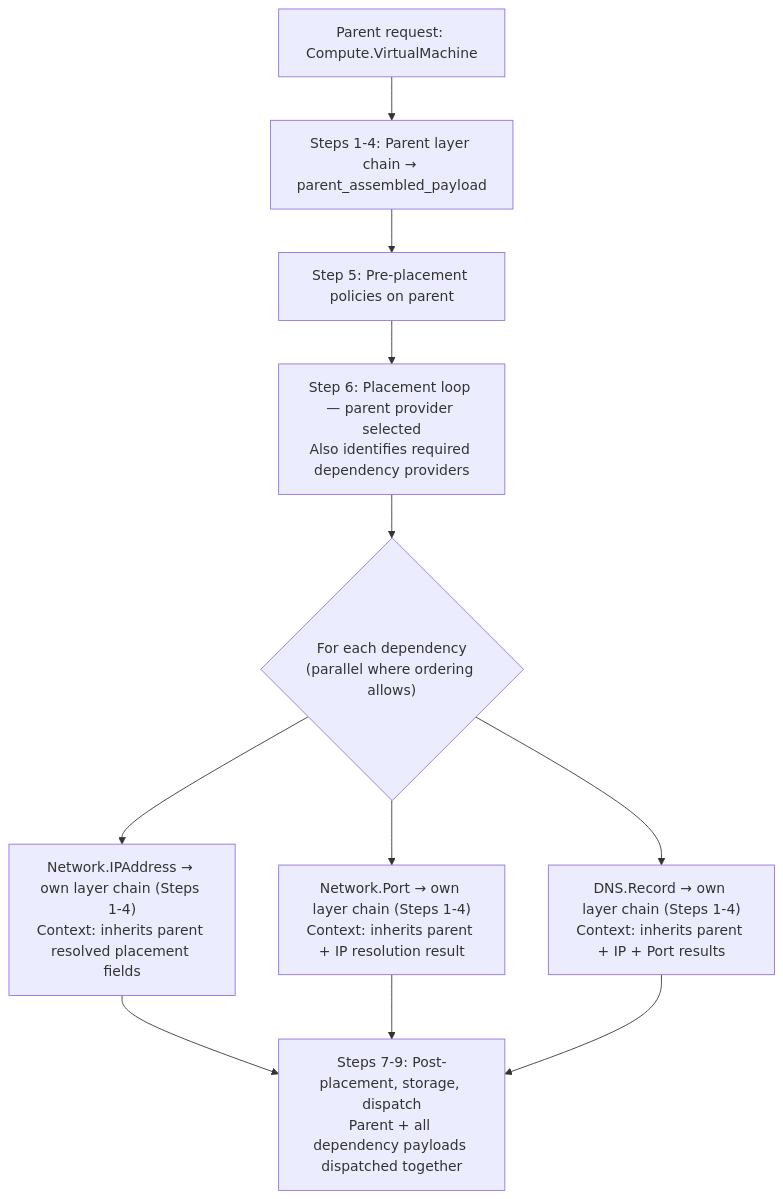
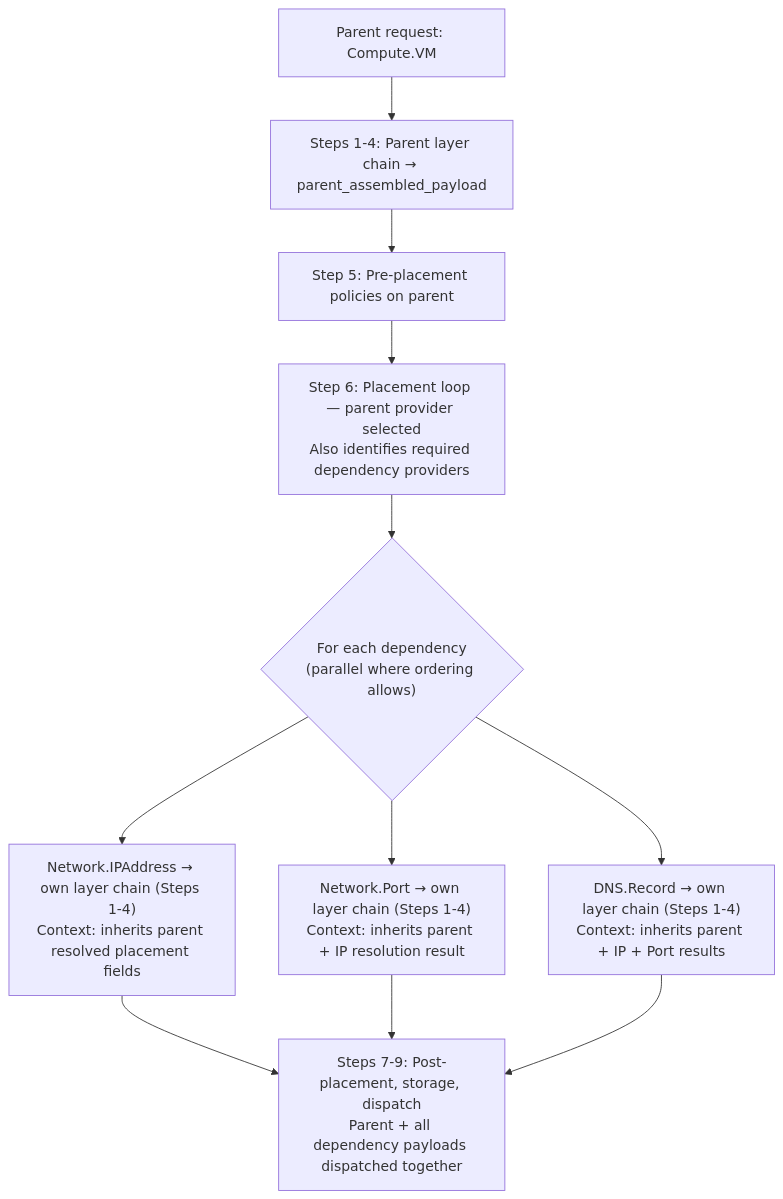
One commit to croadfeldt/udlm changed the third of 3 diagrams in foundations/layering-and-versioning-annex.md. Above: the diagram before and after it, drawn with Mermaid. The commit also changed other lines of this file and 48 other files, not shown here.

````diff
--- a/foundations/layering-and-versioning-annex.md
+++ b/foundations/layering-and-versioning-annex.md
@@ -297,14 +297,14 @@
 ```mermaid
 flowchart TD
-    P["Parent request: Compute.VirtualMachine"]
+    P["Parent request: Compute.VM"]
     P --> S14["Steps 1-4: Parent layer chain → parent_assembled_payload"]
     S14 --> S5["Step 5: Pre-placement policies on parent"]
     S5 --> S6["Step 6: Placement loop — parent provider selected<br/>Also identifies required dependency providers"]
     S6 --> DEP{"For each dependency<br/>(parallel where ordering allows)"}
     DEP --> IP["Network.IPAddress → own layer chain (Steps 1-4)<br/>Context: inherits parent resolved placement fields"]
     DEP --> PORT["Network.Port → own layer chain (Steps 1-4)<br/>Context: inherits parent + IP resolution result"]
     DEP --> DNS["DNS.Record → own layer chain (Steps 1-4)<br/>Context: inherits parent + IP + Port results"]
     IP --> S79["Steps 7-9: Post-placement, storage, dispatch<br/>Parent + all dependency payloads dispatched together"]
     PORT --> S79
     DNS --> S79
 ```
````
